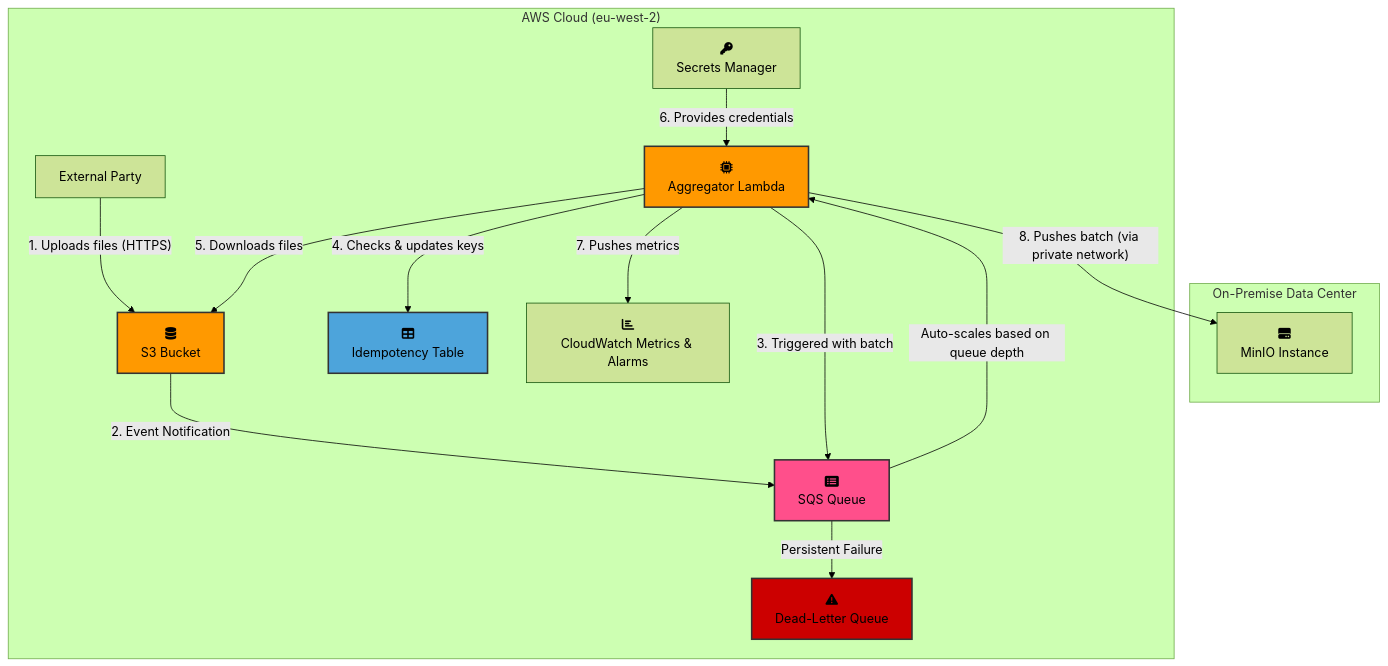
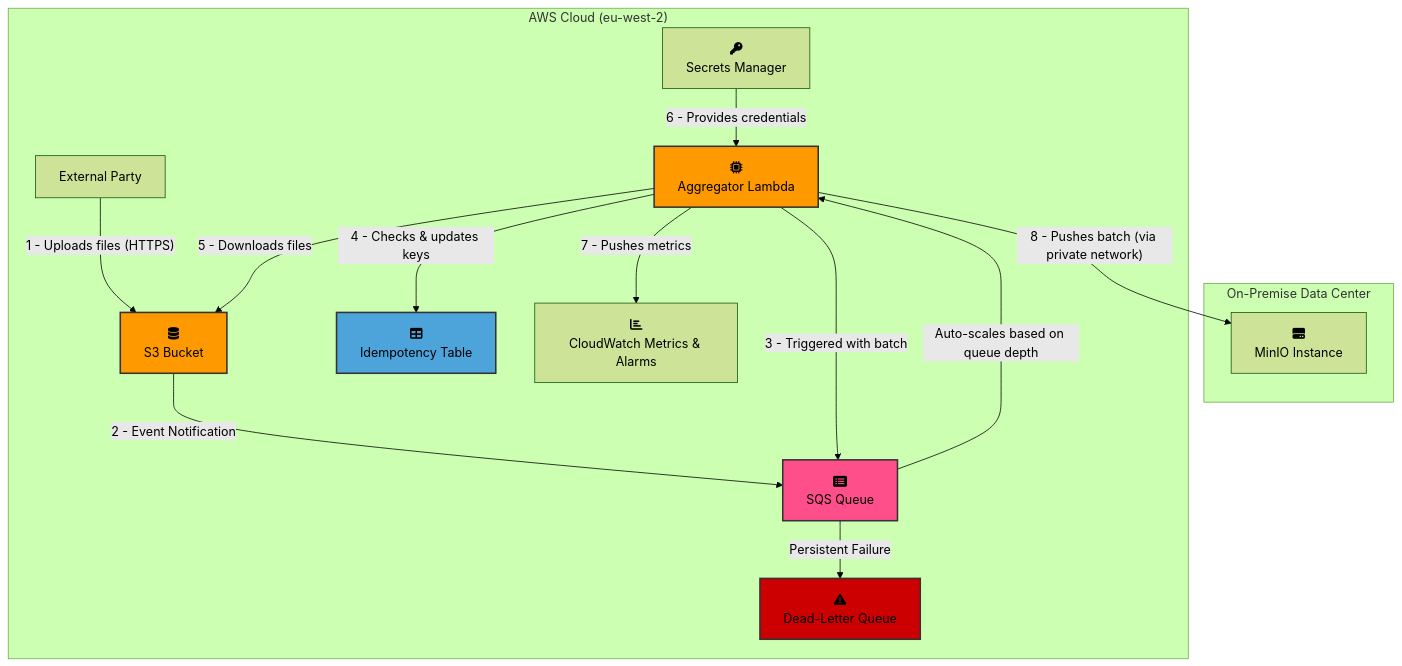
The diagram in README.md (jathorp/data-agregator), drawn with Mermaid (forest theme) before and after one commit. The commit also changed 1 other file, not shown here.

Commit message:
Added README for the lambda code

````diff
--- a/README.md
+++ b/README.md
@@ -55,36 +55,36 @@
 ```mermaid
 flowchart TD
   %% ───────── Nodes ─────────
   subgraph "On-Premise Data Center"
     MinIO["fa:fa-hdd<br/>MinIO Instance"]
   end
   subgraph "AWS Cloud (eu-west-2)"
     Lambda["fa:fa-microchip<br/>Aggregator Lambda"]
     ExternalParty["External Party"] 
     S3["fa:fa-database<br/>S3 Bucket"]
     SQS["fa:fa-list-alt<br/>SQS Queue"]
     DLQ["fa:fa-exclamation-triangle<br/>Dead-Letter Queue"]
     DynamoDB["fa:fa-table<br/>Idempotency Table"]
     SecretsManager["fa:fa-key<br/>Secrets Manager"]
     CloudWatch["fa:fa-chart-bar<br/>CloudWatch Metrics & Alarms"]
   end
 
   %% ───────── Edges ─────────
-  ExternalParty -->|"1. Uploads files (HTTPS)"| S3
-  S3            -->|"2. Event Notification"| SQS
+  ExternalParty -->|"1 - Uploads files (HTTPS)"| S3
+  S3            -->|"2 - Event Notification"| SQS
   SQS           -- "Auto-scales based on queue depth" --> Lambda
-  Lambda        -->|"3. Triggered with batch"| SQS
-  Lambda        -->|"4. Checks & updates keys"| DynamoDB
-  Lambda        -->|"5. Downloads files"| S3
-  SecretsManager-->|"6. Provides credentials"| Lambda
-  Lambda        -->|"7. Pushes metrics"| CloudWatch
-  Lambda        -->|"8. Pushes batch (via private network)"| MinIO
+  Lambda        -->|"3 - Triggered with batch"| SQS
+  Lambda        -->|"4 - Checks & updates keys"| DynamoDB
+  Lambda        -->|"5 - Downloads files"| S3
+  SecretsManager-->|"6 - Provides credentials"| Lambda
+  Lambda        -->|"7 - Pushes metrics"| CloudWatch
+  Lambda        -->|"8 - Pushes batch (via private network)"| MinIO
   SQS           -->|"Persistent Failure"| DLQ
 
   %% ───────── Styling ─────────
   style Lambda fill:#FF9900,stroke:#333,stroke-width:2px
   style S3     fill:#FF9900,stroke:#333,stroke-width:2px
   style SQS    fill:#FF4F8B,stroke:#333,stroke-width:2px
   style DynamoDB fill:#4DA4DB,stroke:#333,stroke-width:2px
   style DLQ    fill:#CC0000,stroke:#333,stroke-width:2px
 ```
````
